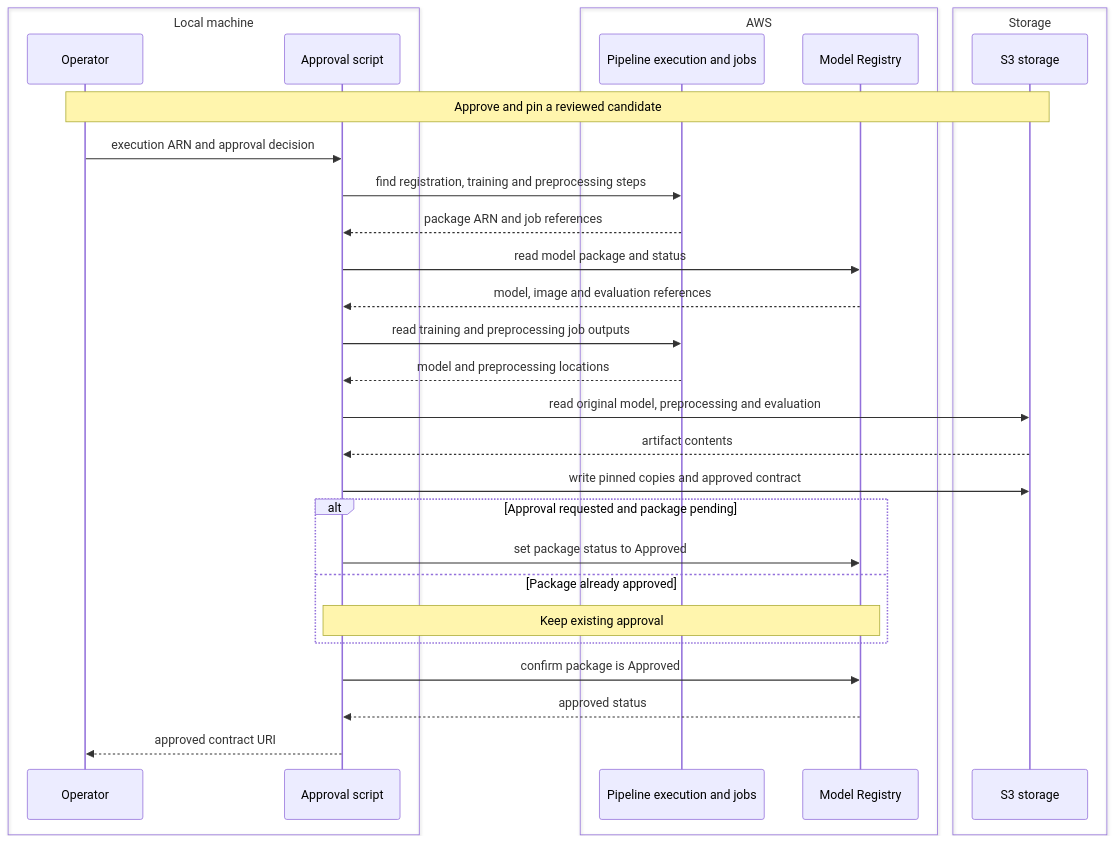
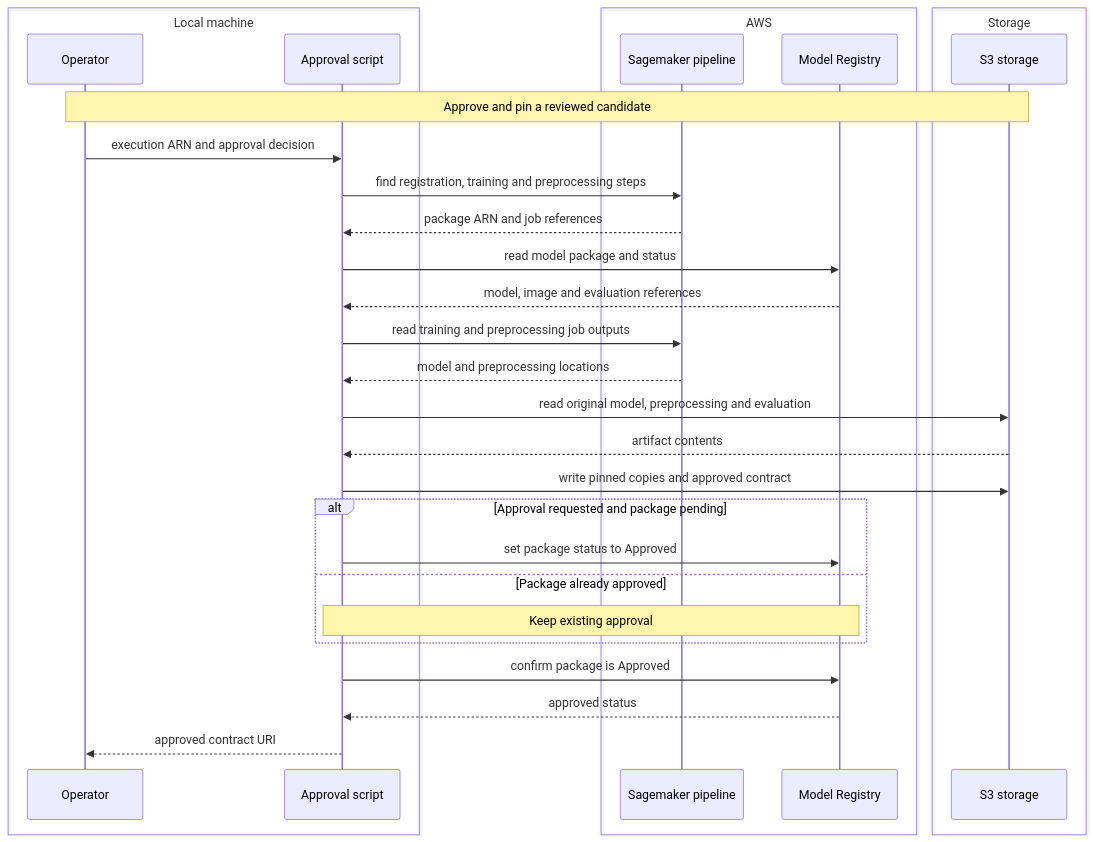
Before and after one commit to MaximeBoulat/customer-churn-pipeline: the diagram in Documentation/Pipeline/Children/Approval/Resources/SequenceDiagram_Action_1.md, drawn with Mermaid. The commit also changed 6 other files, not shown here.

Commit message:
Updating diagrams

````diff
--- a/Documentation/Pipeline/Children/Approval/Resources/SequenceDiagram_Action_1.md
+++ b/Documentation/Pipeline/Children/Approval/Resources/SequenceDiagram_Action_1.md
@@ -1,37 +1,37 @@
 ```mermaid
 sequenceDiagram
     box Local machine
         participant Operator
         participant Script as Approval script
     end
     box AWS
-        participant Execution as Pipeline execution and jobs
+        participant Pipeline as Sagemaker pipeline
         participant Registry as Model Registry
 
     end 
 
     box Storage
         participant S3 as S3 storage
-
+ 
     end
 
     Note over Operator,S3: Approve and pin a reviewed candidate
     Operator->>Script: execution ARN and approval decision
-    Script->>Execution: find registration, training and preprocessing steps
-    Execution-->>Script: package ARN and job references
+    Script->>Pipeline: find registration, training and preprocessing steps
+    Pipeline-->>Script: package ARN and job references
     Script->>Registry: read model package and status
     Registry-->>Script: model, image and evaluation references
-    Script->>Execution: read training and preprocessing job outputs
-    Execution-->>Script: model and preprocessing locations
+    Script->>Pipeline: read training and preprocessing job outputs
+    Pipeline-->>Script: model and preprocessing locations
     Script->>S3: read original model, preprocessing and evaluation
     S3-->>Script: artifact contents
     Script->>S3: write pinned copies and approved contract
     alt Approval requested and package pending
         Script->>Registry: set package status to Approved
     else Package already approved
         Note over Script,Registry: Keep existing approval
     end
     Script->>Registry: confirm package is Approved
     Registry-->>Script: approved status
     Script-->>Operator: approved contract URI
 ```
````
